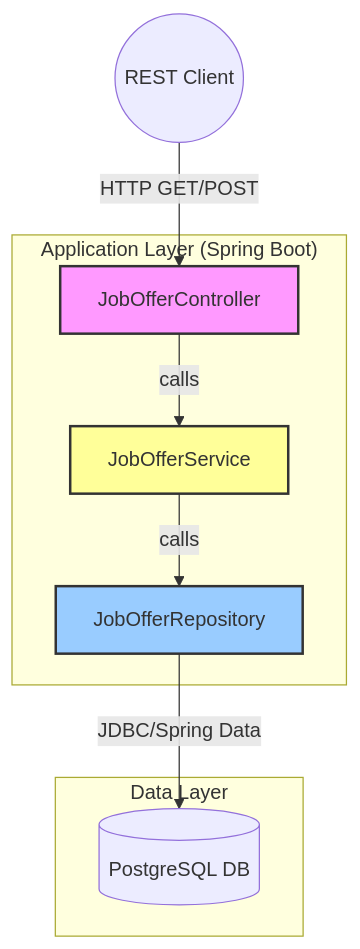
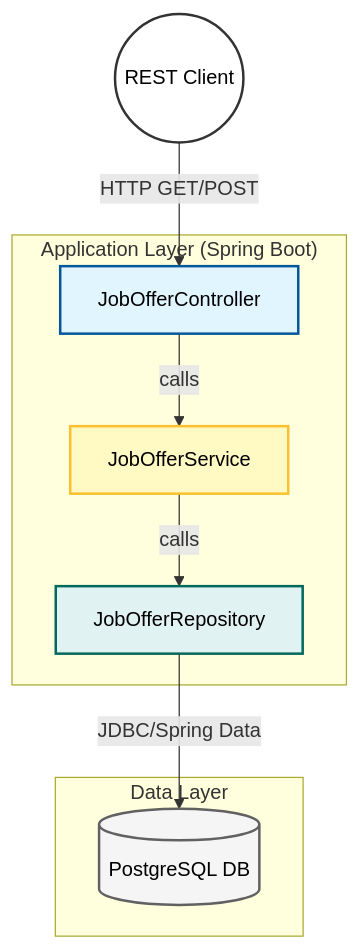
One commit to niko1405/jobconnect-backend changed the first of 2 diagrams in README.md. Above: the diagram before and after it, drawn with Mermaid. The commit also changed other lines of this file, not shown here.

Commit message:
Initial commit: Semesterprojekt Upload

````diff
--- a/README.md
+++ b/README.md
@@ -19,23 +19,26 @@
 ```mermaid
 graph TD
     Client((REST Client))
     subgraph "Application Layer (Spring Boot)"
         JC[JobOfferController]
         JS[JobOfferService]
         JR[JobOfferRepository]
     end
 
     subgraph "Data Layer"
         DB[(PostgreSQL DB)]
     end
 
     Client -- HTTP GET/POST --> JC
     JC -- calls --> JS
     JS -- calls --> JR
     JR -- JDBC/Spring Data --> DB
 
-    style JC fill:#f9f,stroke:#333,stroke-width:2px
-    style JS fill:#ff9,stroke:#333,stroke-width:2px
-    style JR fill:#9cf,stroke:#333,stroke-width:2px
+    %% Styles für professionellen Look (Blau/Weiß/Grau Töne)
+    style JC fill:#e1f5fe,stroke:#01579b,stroke-width:2px,color:#000
+    style JS fill:#fff9c4,stroke:#fbc02d,stroke-width:2px,color:#000
+    style JR fill:#e0f2f1,stroke:#00695c,stroke-width:2px,color:#000
+    style DB fill:#f5f5f5,stroke:#616161,stroke-width:2px,color:#000
+    style Client fill:#ffffff,stroke:#333,stroke-width:2px,color:#000
 
 ```
````
